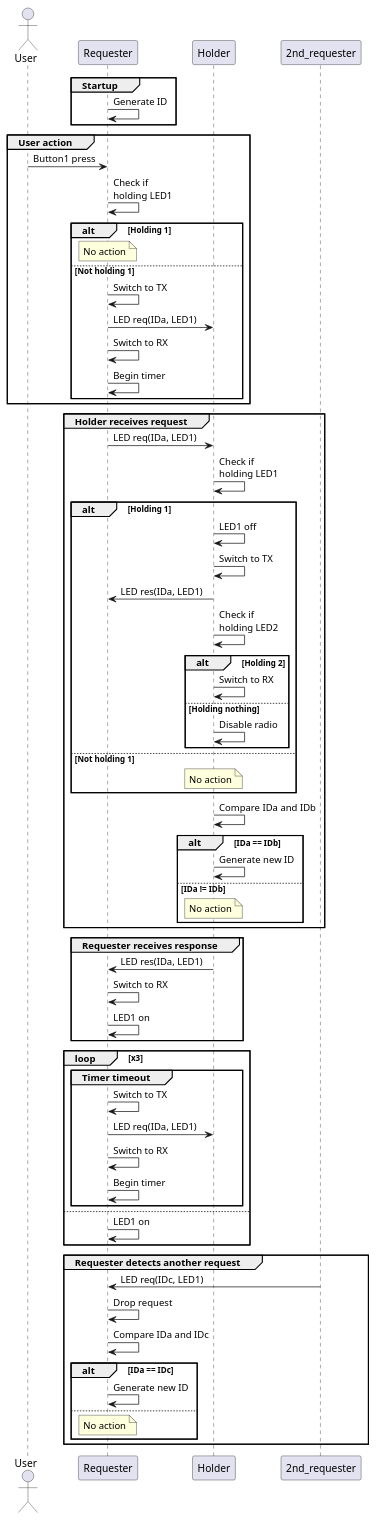
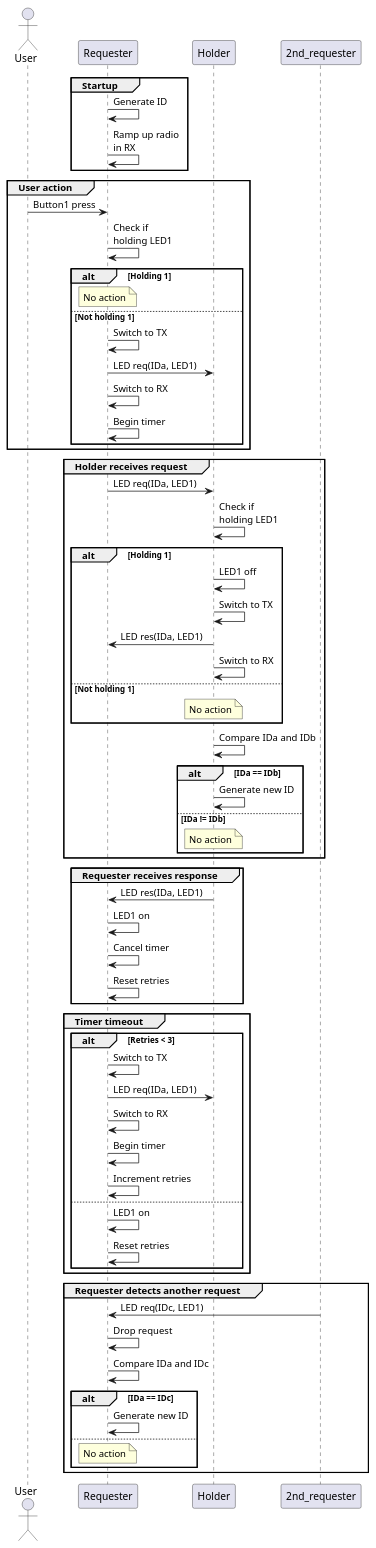
The diagram in sequence-diagrams.puml (Beanspoon/pass_led), drawn with PlantUML before and after one commit.

Commit message:
Correct and clarify sequence diagrams

```diff
--- a/sequence-diagrams.puml
+++ b/sequence-diagrams.puml
@@ -1,89 +1,86 @@
 @startuml sequence-diagram
 
 actor User
 participant Requester as a
 participant Holder as b
 participant 2nd_requester as c
 
 group Startup
     a -> a: Generate ID
+    a -> a: Ramp up radio\nin RX
 end
 
 group User action
     User -> a: Button1 press
     a -> a: Check if\nholding LED1
 
     alt Holding 1
         note over a: No action
     else Not holding 1
         a -> a: Switch to TX
         a -> b: LED req(IDa, LED1)
         a -> a: Switch to RX
         a -> a: Begin timer
     end
 
 end
 
 group Holder receives request
     a -> b: LED req(IDa, LED1)
     b -> b: Check if\nholding LED1
 
     alt Holding 1
         b -> b: LED1 off
         b -> b: Switch to TX
         b -> a: LED res(IDa, LED1)
-        b -> b: Check if\nholding LED2
-
-        alt Holding 2
-            b -> b: Switch to RX
-        else Holding nothing
-            b -> b: Disable radio
-        end
-
+        b -> b: Switch to RX
     else Not holding 1
         note over b: No action
     end
 
     b -> b: Compare IDa and IDb
 
     alt IDa == IDb
         b -> b: Generate new ID
     else IDa != IDb
         note over b: No action
     end
 
 end
 
 group Requester receives response
     b -> a: LED res(IDa, LED1)
-    a -> a: Switch to RX
     a -> a: LED1 on
+    a -> a: Cancel timer
+    a -> a: Reset retries
 end
 
-loop x3
+group Timer timeout
 
-    group Timer timeout
+    alt Retries < 3
         a -> a: Switch to TX
         a -> b: LED req(IDa, LED1)
         a -> a: Switch to RX
         a -> a: Begin timer
+        a -> a: Increment retries
+    else
+        a -> a: LED1 on
+        a -> a: Reset retries
     end
-
-else
-    a -> a: LED1 on
+    
 end
 
 group Requester detects another request
     c -> a: LED req(IDc, LED1)
     a -> a: Drop request
     a -> a: Compare IDa and IDc
 
     alt IDa == IDc
         a -> a: Generate new ID
     else
         note over a: No action
     end
 
 end
 
 @enduml
```
